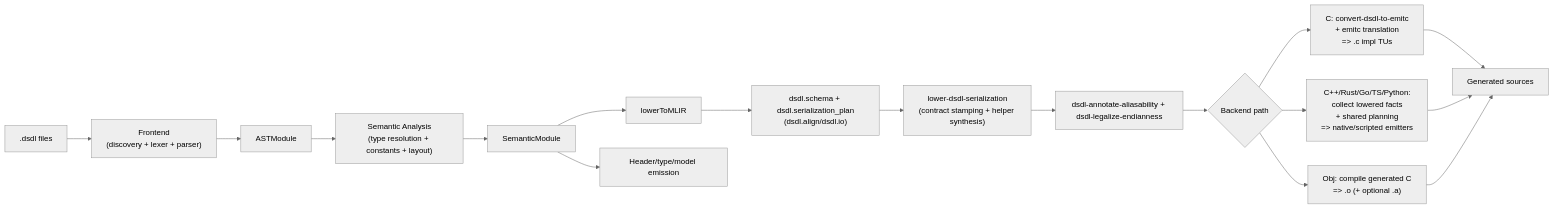
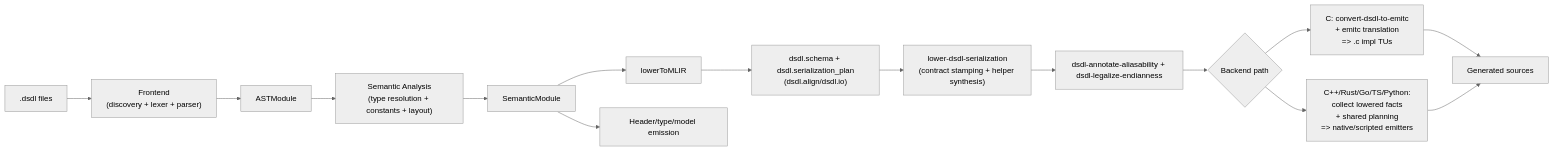
The diagram in DESIGN.md (OpenCyphal-Garage/llvm-dsdl), drawn with Mermaid (neutral theme) before and after one commit. The commit also changed other lines of this file and 70 other files, not shown here.

````diff
--- a/DESIGN.md
+++ b/DESIGN.md
@@ -25,19 +27,17 @@
 ```mermaid
 flowchart LR
   A[".dsdl files"] --> B["Frontend\n(discovery + lexer + parser)"]
   B --> C["ASTModule"]
   C --> D["Semantic Analysis\n(type resolution + constants + layout)"]
   D --> E["SemanticModule"]
   E --> F["lowerToMLIR"]
   F --> G["dsdl.schema + dsdl.serialization_plan\n(dsdl.align/dsdl.io)"]
   G --> H["lower-dsdl-serialization\n(contract stamping + helper synthesis)"]
   H --> I["dsdl-annotate-aliasability + dsdl-legalize-endianness"]
   I --> K{"Backend path"}
   K --> J["C: convert-dsdl-to-emitc\n+ emitc translation\n=> .c impl TUs"]
   K --> O["C++/Rust/Go/TS/Python:\ncollect lowered facts\n+ shared planning\n=> native/scripted emitters"]
-  K --> N["Obj: compile generated C\n=> .o (+ optional .a)"]
   E --> L["Header/type/model emission"]
   J --> M["Generated sources"]
   O --> M
-  N --> M
 ```
````
